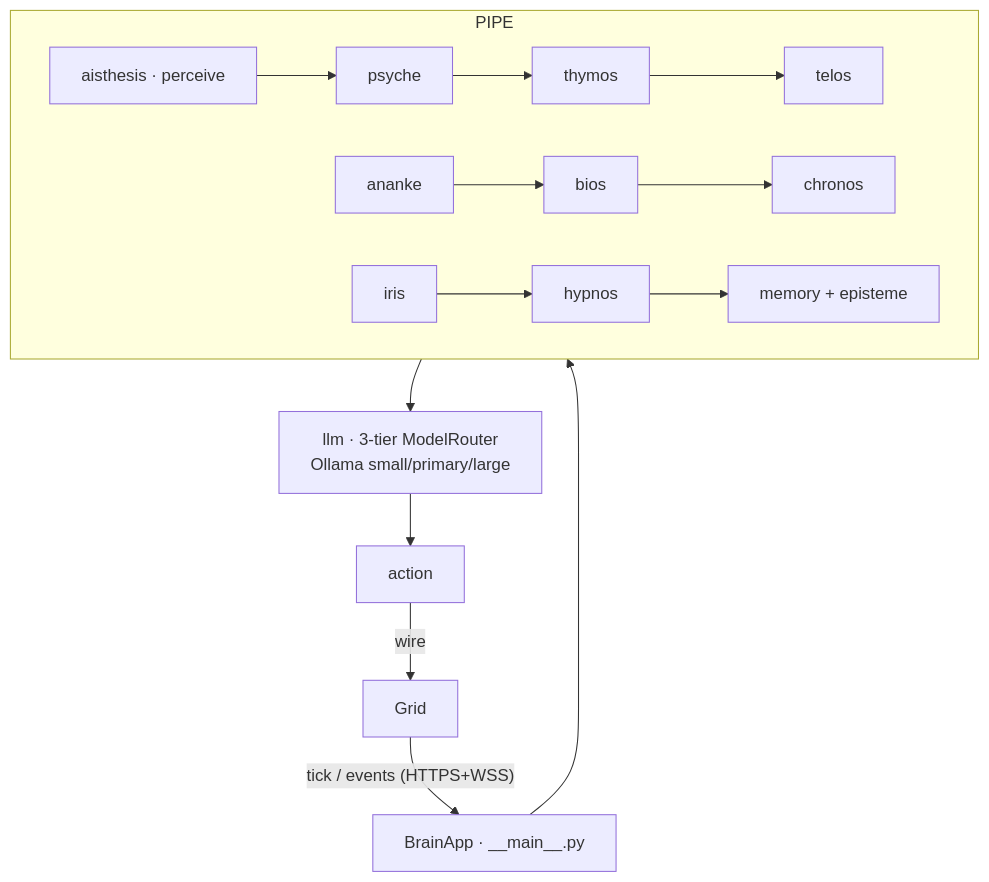
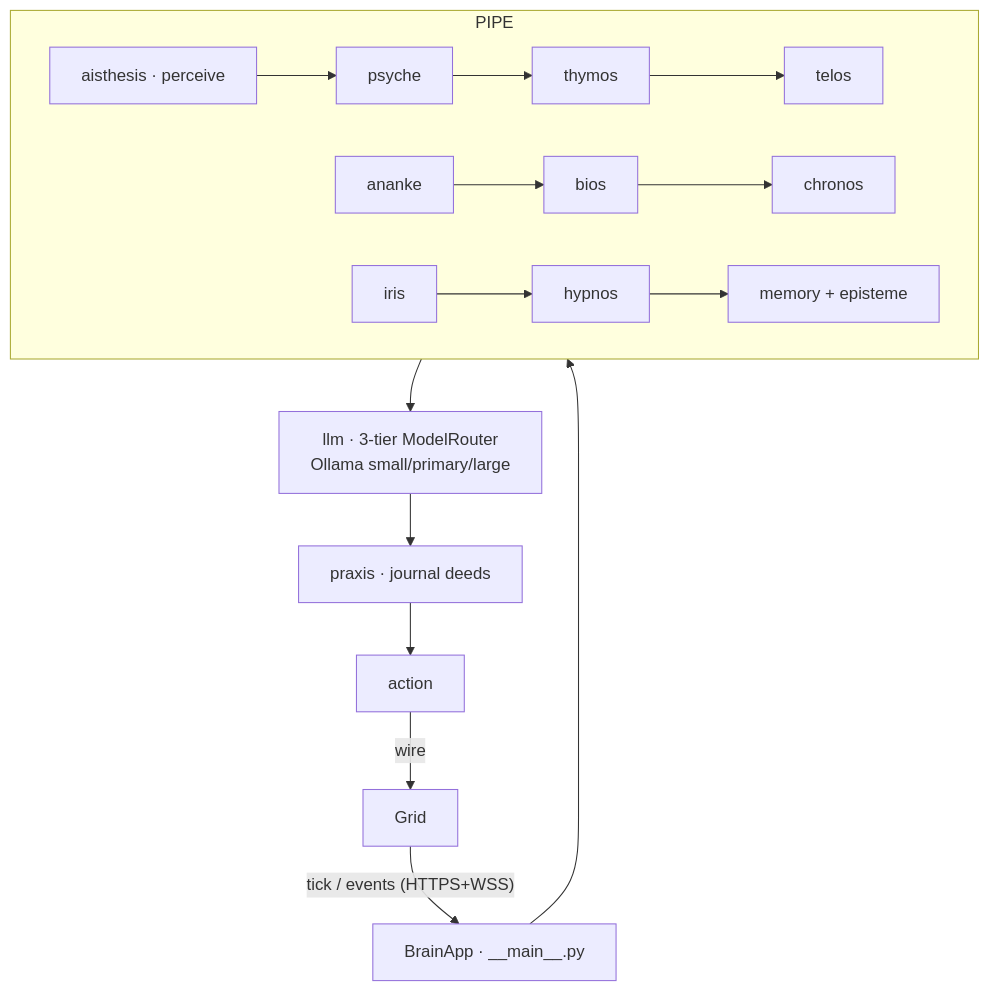
One commit to ASKKPOP/Noesis changed the diagram in .planning/implementation/brain.md. Above: the diagram before and after it, drawn with Mermaid. The commit also changed other lines of this file and 12 other files, not shown here.

First line of the commit message:
feat(brain): Phase 73 — praxis in-world action faculty (v3.3 Mind)

````diff
--- a/.planning/implementation/brain.md
+++ b/.planning/implementation/brain.md
@@ -16,12 +16,12 @@
 ```mermaid
 flowchart TD
   GRID[Grid] -- tick / events (HTTPS+WSS) --> APP[BrainApp · __main__.py]
   APP --> PIPE[cognitive pipeline]
   subgraph PIPE
     AI[aisthesis · perceive] --> PS[psyche] --> TH[thymos] --> TE[telos]
     AN[ananke] --> BI[bios] --> CH[chronos]
     IR[iris] --> HY[hypnos] --> ME[memory + episteme]
   end
   PIPE --> LLM[llm · 3-tier ModelRouter<br/>Ollama small/primary/large]
-  LLM --> ACT[action] -- wire --> GRID
+  LLM --> PX[praxis · journal deeds] --> ACT[action] -- wire --> GRID
 ```
````
